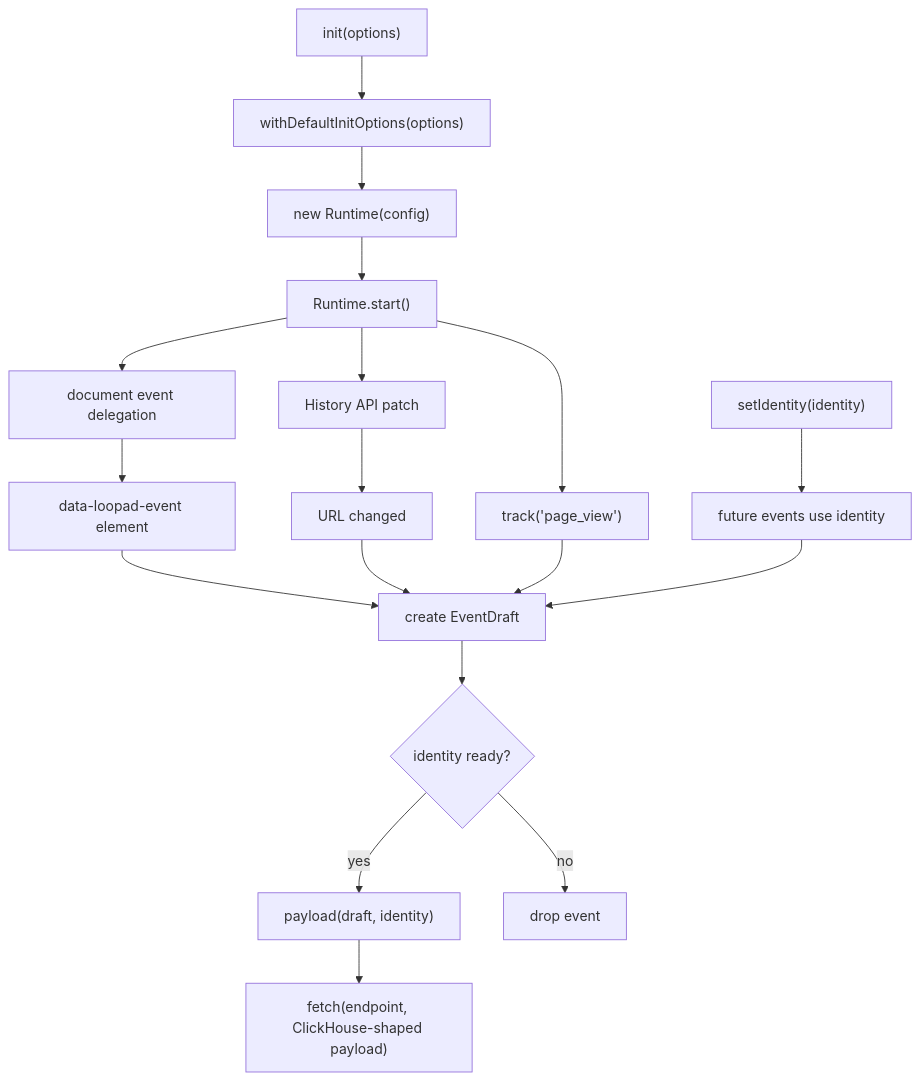
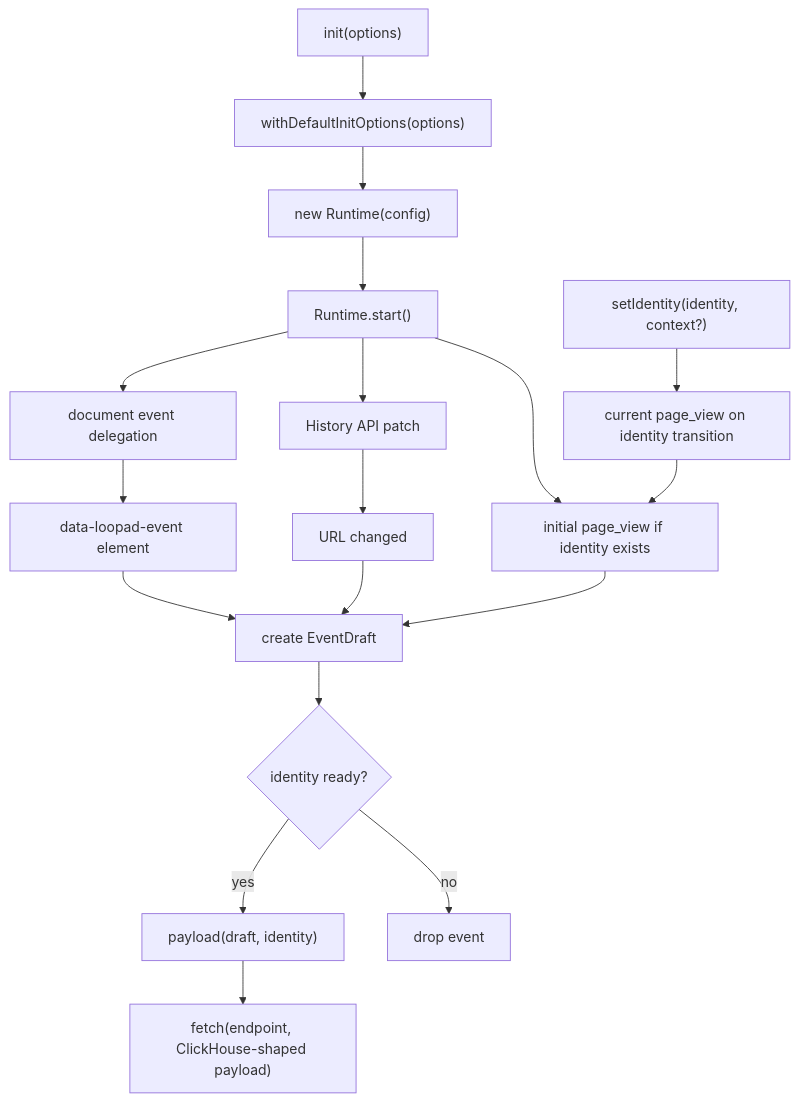
Before and after one commit to krafton-jungle-project-4team/loop-ad_event_sdk: the diagram in docs/code-structure-tutorial.md, drawn with Mermaid. The commit also changed other lines of this file and 4 other files, not shown here.

````diff
--- a/docs/code-structure-tutorial.md
+++ b/docs/code-structure-tutorial.md
@@ -8,20 +8,20 @@
 ```mermaid
 flowchart TD
     A["init(options)"] --> B["withDefaultInitOptions(options)"]
     B --> C["new Runtime(config)"]
     C --> D["Runtime.start()"]
     D --> E["document event delegation"]
     D --> F["History API patch"]
-    D --> G["track('page_view')"]
+    D --> G["initial page_view if identity exists"]
     E --> H["data-loopad-event element"]
     F --> I["URL changed"]
     H --> J["create EventDraft"]
     I --> J
     G --> J
     J --> K{"identity ready?"}
     K -->|yes| L["payload(draft, identity)"]
     K -->|no| M["drop event"]
-    N["setIdentity(identity)"] --> O["future events use identity"]
-    O --> J
+    N["setIdentity(identity, context?)"] --> O["current page_view on identity transition"]
+    O --> G
     L --> P["fetch(endpoint, ClickHouse-shaped payload)"]
 ```
````
